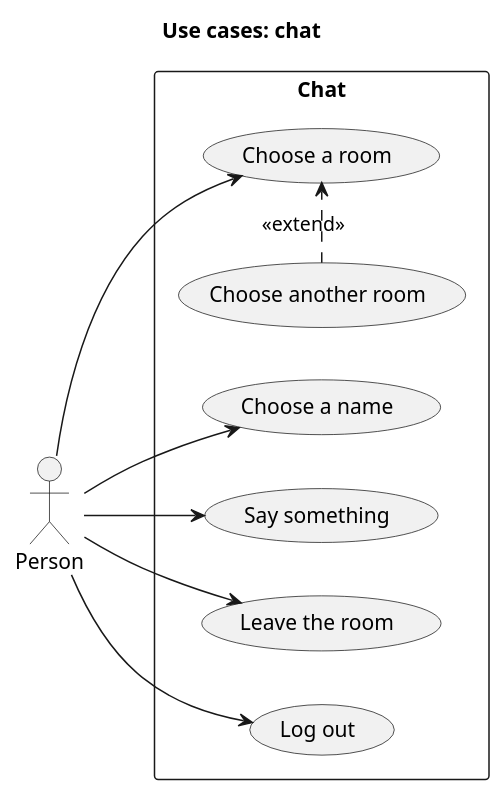
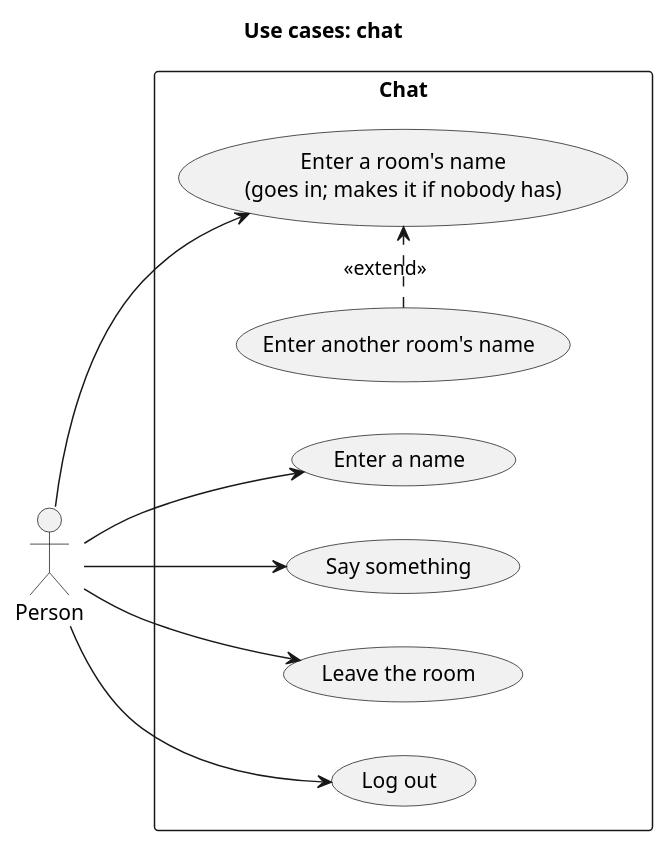
Before and after one commit to blueshed/dzql: the diagram in uml/src/use-cases.puml, drawn with PlantUML. The commit also changed 5 other files, not shown here.

Commit message:
uml: chat in precise words -- enter a name, enter a room's name (goes in, makes it if nobody has) -- with every blank drawn as event [guard] / reply; the check now lists any refusal Api gives that no diagram draws

```diff
--- a/uml/src/use-cases.puml
+++ b/uml/src/use-cases.puml
@@ -1,19 +1,19 @@
 @startuml
 title Use cases: chat
 left to right direction
 actor Person
 rectangle "Chat" {
-  usecase "Choose a name" as name
-  usecase "Choose a room" as room
-  usecase "Choose another room" as move
+  usecase "Enter a name" as name
+  usecase "Enter a room's name\n(goes in; makes it if nobody has)" as room
+  usecase "Enter another room's name" as move
   usecase "Say something" as say
   usecase "Leave the room" as leave
   usecase "Log out" as logout
 }
 Person --> name
 Person --> room
 Person --> say
 Person --> leave
 Person --> logout
 move .> room : <<extend>>
 @enduml
```
